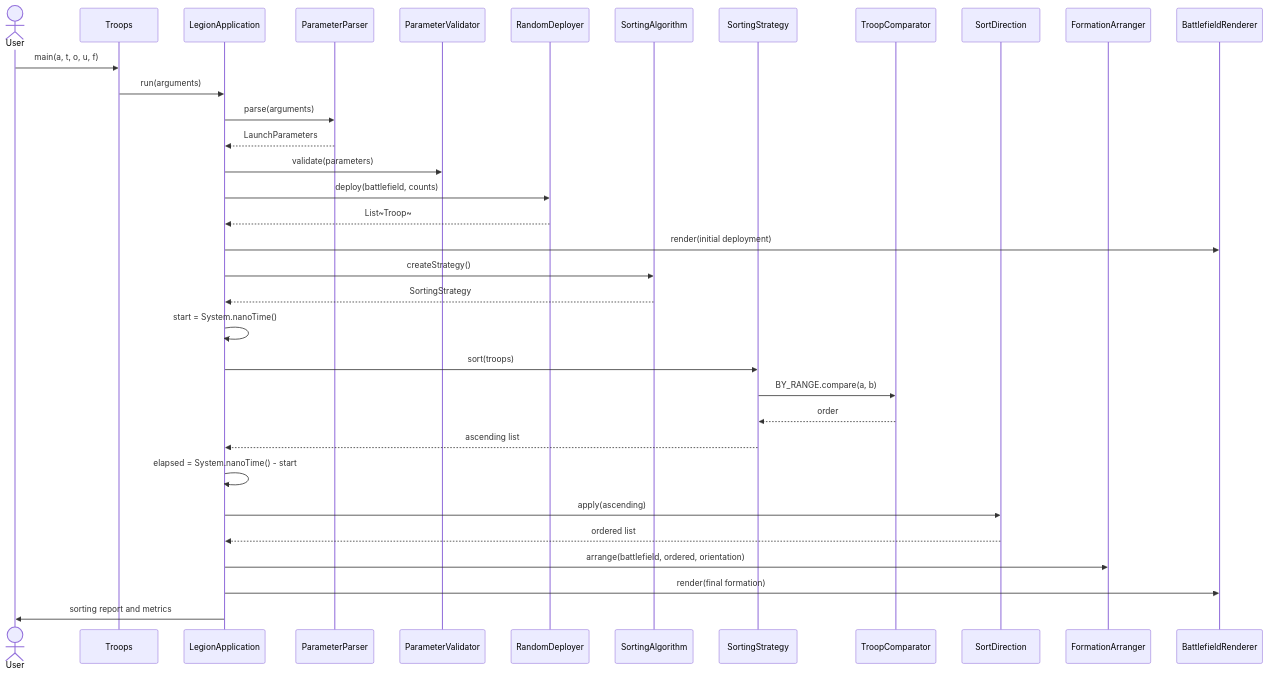
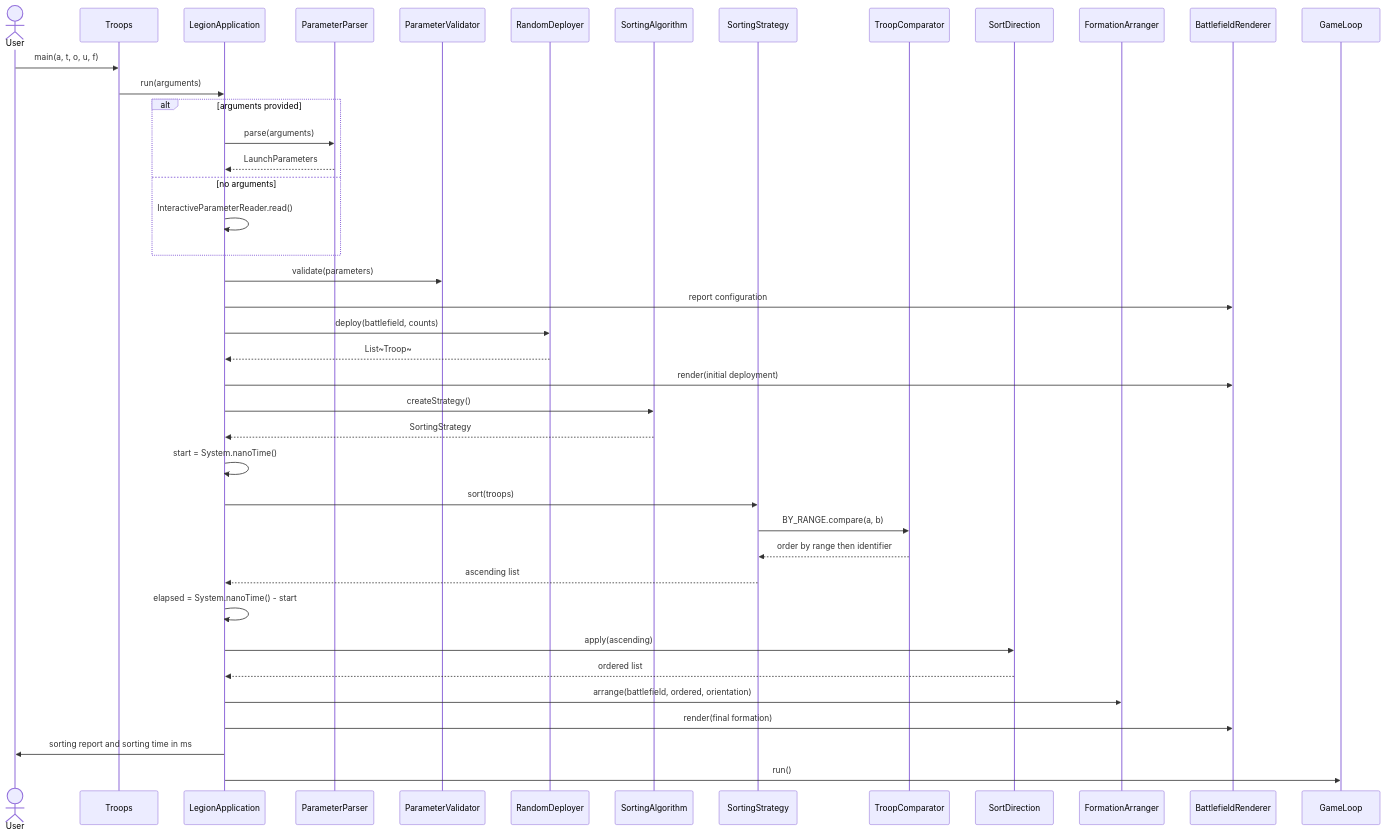
The diagram in docs/diagrams/sequence-sorting.mmd (SergioMainJG/legion), drawn with Mermaid before and after one commit. The commit also changed 14 other files, not shown here.

```diff
--- a/docs/diagrams/sequence-sorting.mmd
+++ b/docs/diagrams/sequence-sorting.mmd
@@ -1,35 +1,42 @@
 sequenceDiagram
     actor User
     participant Troops
     participant LegionApplication
     participant ParameterParser
     participant ParameterValidator
     participant RandomDeployer
     participant SortingAlgorithm
     participant SortingStrategy
     participant TroopComparator
     participant SortDirection
     participant FormationArranger
     participant BattlefieldRenderer
+    participant GameLoop
 
     User->>Troops: main(a, t, o, u, f)
     Troops->>LegionApplication: run(arguments)
-    LegionApplication->>ParameterParser: parse(arguments)
-    ParameterParser-->>LegionApplication: LaunchParameters
+    alt arguments provided
+        LegionApplication->>ParameterParser: parse(arguments)
+        ParameterParser-->>LegionApplication: LaunchParameters
+    else no arguments
+        LegionApplication->>LegionApplication: InteractiveParameterReader.read()
+    end
     LegionApplication->>ParameterValidator: validate(parameters)
+    LegionApplication->>BattlefieldRenderer: report configuration
     LegionApplication->>RandomDeployer: deploy(battlefield, counts)
     RandomDeployer-->>LegionApplication: List~Troop~
     LegionApplication->>BattlefieldRenderer: render(initial deployment)
     LegionApplication->>SortingAlgorithm: createStrategy()
     SortingAlgorithm-->>LegionApplication: SortingStrategy
     LegionApplication->>LegionApplication: start = System.nanoTime()
     LegionApplication->>SortingStrategy: sort(troops)
     SortingStrategy->>TroopComparator: BY_RANGE.compare(a, b)
-    TroopComparator-->>SortingStrategy: order
+    TroopComparator-->>SortingStrategy: order by range then identifier
     SortingStrategy-->>LegionApplication: ascending list
     LegionApplication->>LegionApplication: elapsed = System.nanoTime() - start
     LegionApplication->>SortDirection: apply(ascending)
     SortDirection-->>LegionApplication: ordered list
     LegionApplication->>FormationArranger: arrange(battlefield, ordered, orientation)
     LegionApplication->>BattlefieldRenderer: render(final formation)
-    LegionApplication->>User: sorting report and metrics
+    LegionApplication->>User: sorting report and sorting time in ms
+    LegionApplication->>GameLoop: run()
```
